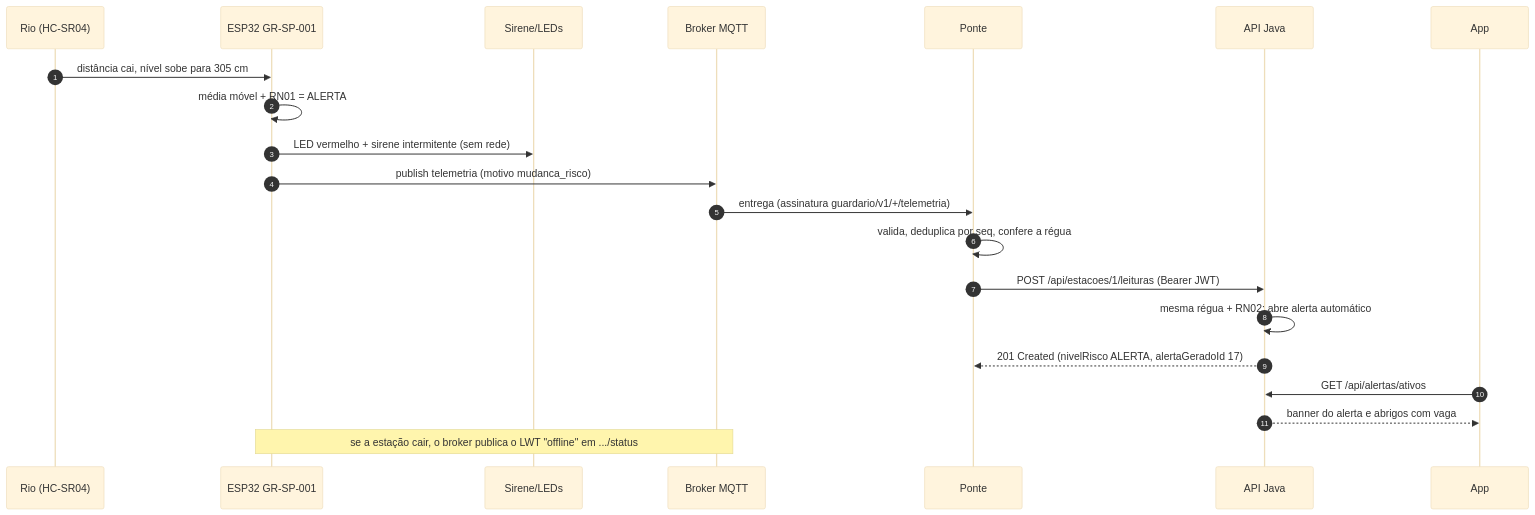
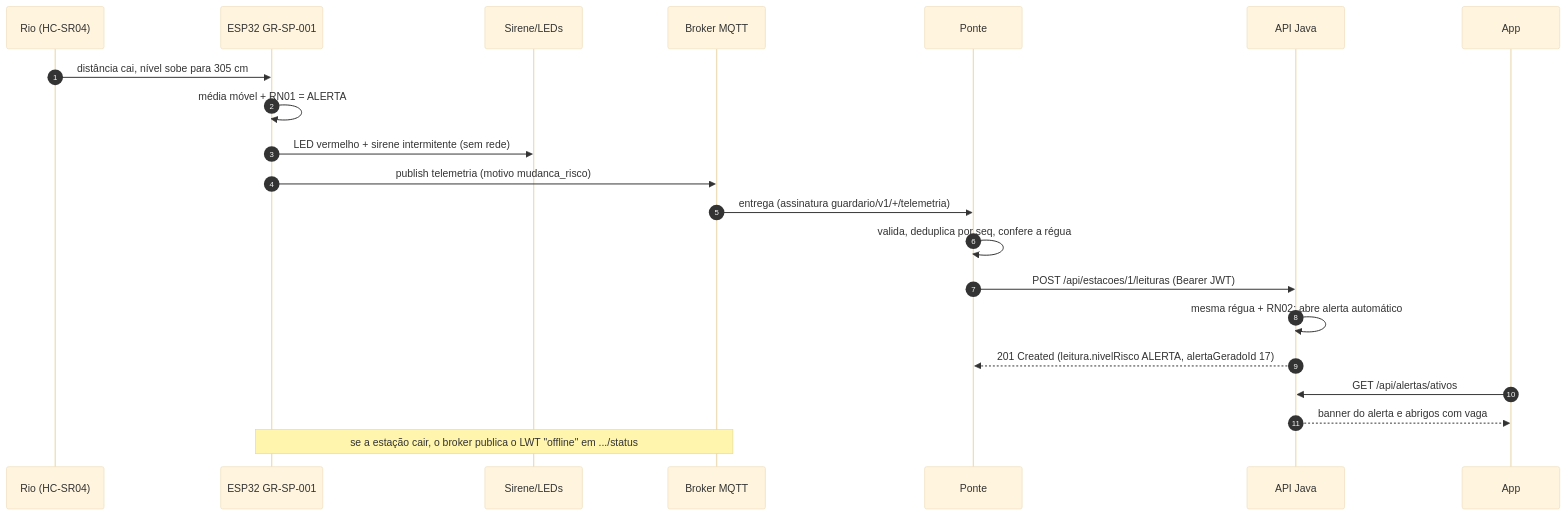
Before and after one commit to henriquepavao1206-eng/guardario-iot: the third of 4 diagrams in README.md, drawn with Mermaid (base theme). The commit also changed other lines of this file, not shown here.

````diff
--- a/README.md
+++ b/README.md
@@ -234,23 +234,23 @@
 ```mermaid
 sequenceDiagram
     autonumber
     participant R as Rio (HC-SR04)
     participant E as ESP32 GR-SP-001
     participant S as Sirene/LEDs
     participant B as Broker MQTT
     participant P as Ponte
     participant A as API Java
     participant U as App
     R->>E: distância cai, nível sobe para 305 cm
     E->>E: média móvel + RN01 = ALERTA
     E->>S: LED vermelho + sirene intermitente (sem rede)
     E->>B: publish telemetria (motivo mudanca_risco)
     B->>P: entrega (assinatura guardario/v1/+/telemetria)
     P->>P: valida, deduplica por seq, confere a régua
     P->>A: POST /api/estacoes/1/leituras (Bearer JWT)
     A->>A: mesma régua + RN02: abre alerta automático
-    A-->>P: 201 Created (nivelRisco ALERTA, alertaGeradoId 17)
+    A-->>P: 201 Created (leitura.nivelRisco ALERTA, alertaGeradoId 17)
     U->>A: GET /api/alertas/ativos
     A-->>U: banner do alerta e abrigos com vaga
     Note over E,B: se a estação cair, o broker publica o LWT "offline" em .../status
 ```
````
